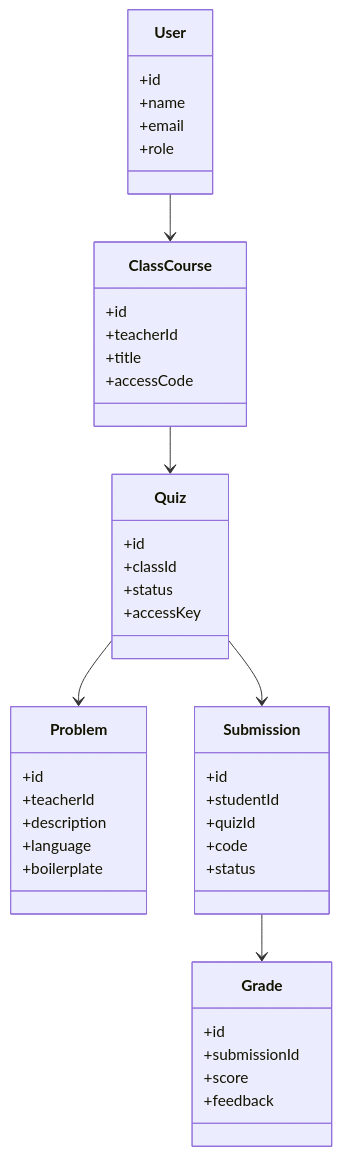
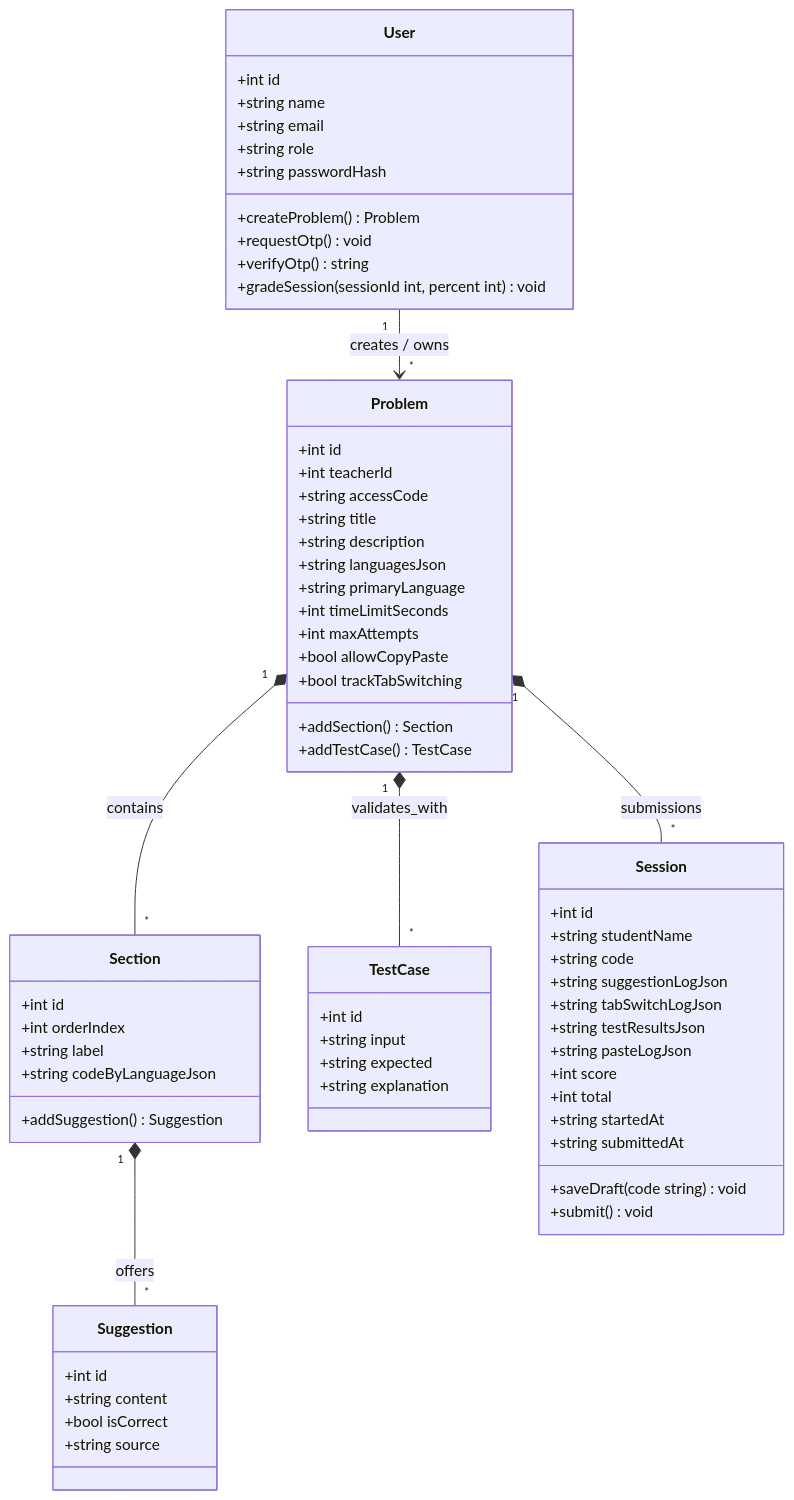
Before and after one commit to Capstone-Projects-2026-spring/project-auto-suggestion-quiz: the diagram in documentation/docs/system-architecture/class-diagram.md, drawn with Mermaid. The commit also changed other lines of this file and 5 other files, not shown here.

````diff
--- a/documentation/docs/system-architecture/class-diagram.md
+++ b/documentation/docs/system-architecture/class-diagram.md
@@ -9,53 +19,76 @@
 ```mermaid
 classDiagram
+  direction TB
 
   class User {
-    +id
-    +name
-    +email
-    +role
-  }
-
-  class ClassCourse {
-    +id
-    +teacherId
-    +title
-    +accessCode
+    +int id
+    +string name
+    +string email
+    +string role
+    +string passwordHash
+    +createProblem() Problem
+    +requestOtp() void
+    +verifyOtp() string
+    +gradeSession(sessionId int, percent int) void
   }
 
   class Problem {
-    +id
-    +teacherId
-    +description
-    +language
-    +boilerplate
+    +int id
+    +int teacherId
+    +string accessCode
+    +string title
+    +string description
+    +string languagesJson
+    +string primaryLanguage
+    +int timeLimitSeconds
+    +int maxAttempts
+    +bool allowCopyPaste
+    +bool trackTabSwitching
+    +addSection() Section
+    +addTestCase() TestCase
   }
 
-  class Quiz {
-    +id
-    +classId
-    +status
-    +accessKey
+  class Section {
+    +int id
+    +int orderIndex
+    +string label
+    +string codeByLanguageJson
+    +addSuggestion() Suggestion
   }
 
-  class Submission {
-    +id
-    +studentId
-    +quizId
-    +code
-    +status
+  class Suggestion {
+    +int id
+    +string content
+    +bool isCorrect
+    +string source
   }
 
-  class Grade {
-    +id
-    +submissionId
-    +score
-    +feedback
+  class TestCase {
+    +int id
+    +string input
+    +string expected
+    +string explanation
   }
 
-  User --> ClassCourse
-  ClassCourse --> Quiz
-  Quiz --> Problem
-  Quiz --> Submission
-  Submission --> Grade
+  class Session {
+    +int id
+    +string studentName
+    +string code
+    +string suggestionLogJson
+    +string tabSwitchLogJson
+    +string testResultsJson
+    +string pasteLogJson
+    +int score
+    +int total
+    +string startedAt
+    +string submittedAt
+    +saveDraft(code string) void
+    +submit() void
+  }
+
+  User "1" --> "*" Problem : creates / owns
+  Problem "1" *-- "*" Section : contains
+  Problem "1" *-- "*" TestCase : validates_with
+  Problem "1" *-- "*" Session : submissions
+  Section "1" *-- "*" Suggestion : offers
 ```
````
